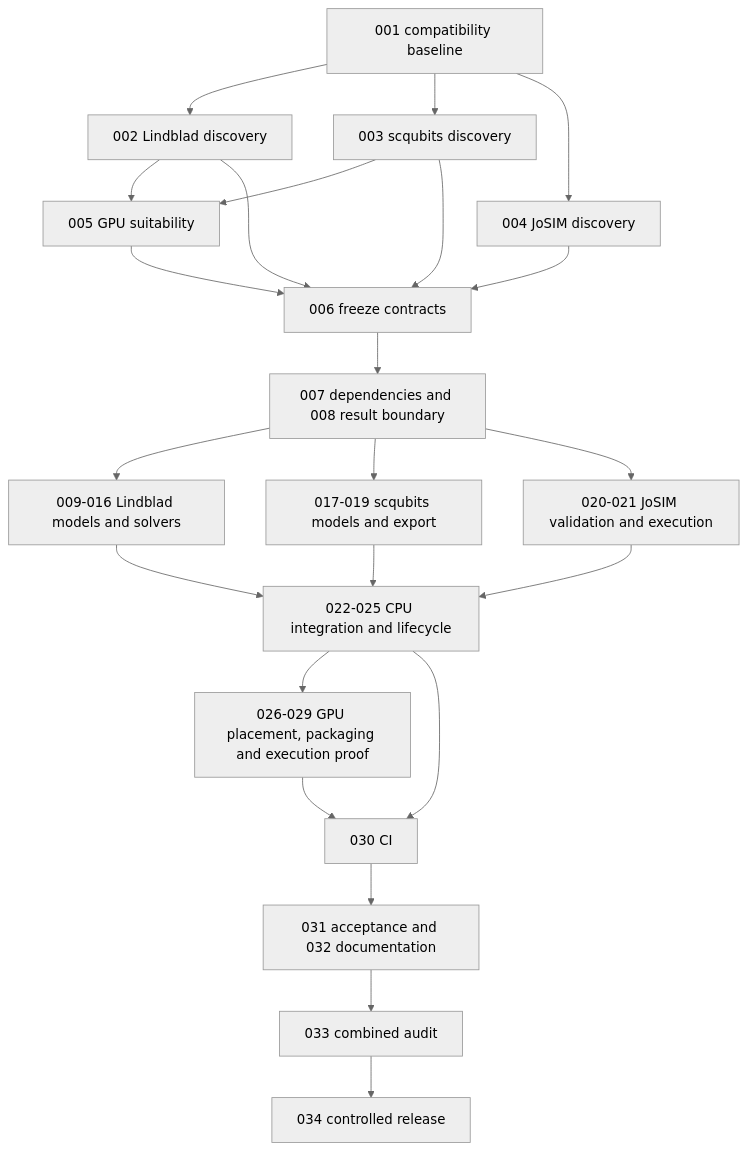
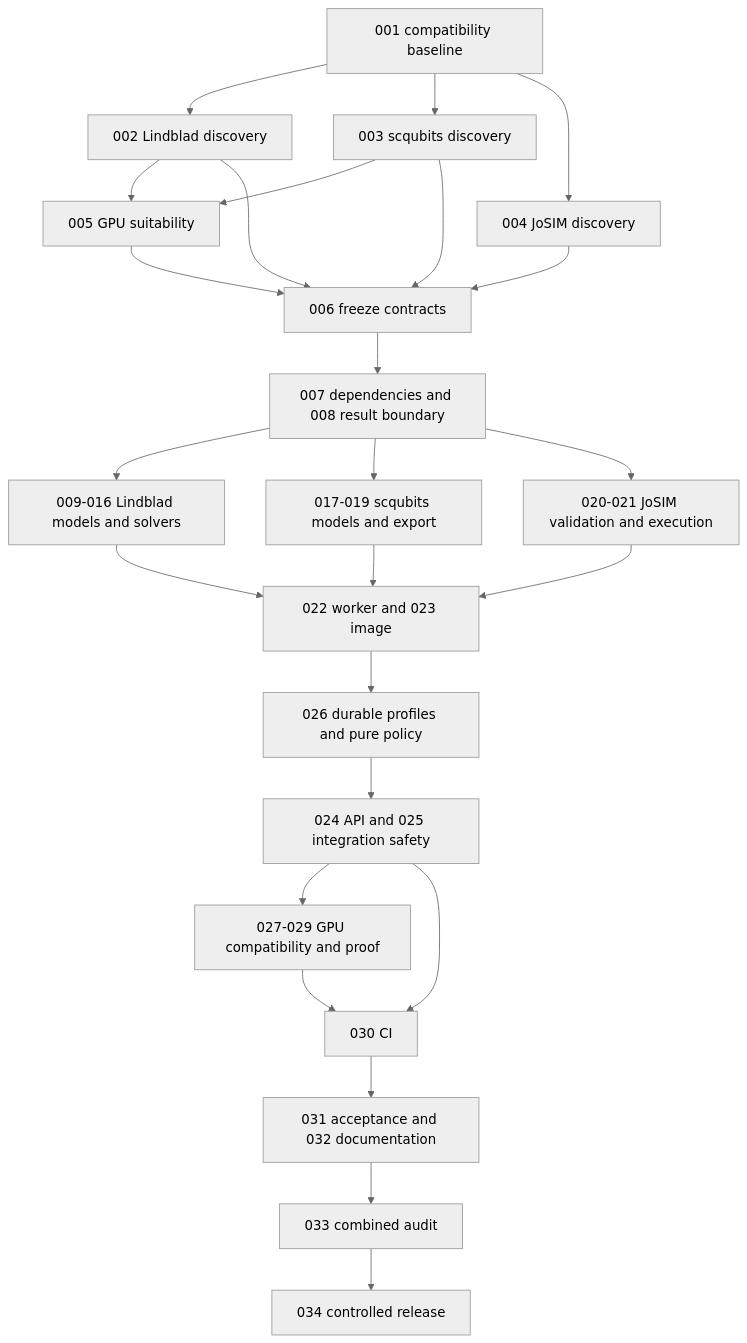
The diagram in spec/physics-engines/tasks.md (Wehden/wqs-quantum-sim), drawn with Mermaid (neutral theme) before and after one commit. The commit also changed other lines of this file and 5 other files, not shown here.

````diff
--- a/spec/physics-engines/tasks.md
+++ b/spec/physics-engines/tasks.md
@@ -9,25 +9,27 @@
 ```mermaid
 flowchart TD
   A[001 compatibility baseline] --> B[002 Lindblad discovery]
   A --> C[003 scqubits discovery]
   A --> D[004 JoSIM discovery]
   B --> E[005 GPU suitability]
   C --> E
   B --> F[006 freeze contracts]
   C --> F
   D --> F
   E --> F
   F --> G[007 dependencies and 008 result boundary]
   G --> H[009-016 Lindblad models and solvers]
   G --> I[017-019 scqubits models and export]
   G --> J[020-021 JoSIM validation and execution]
-  H --> K[022-025 CPU integration and lifecycle]
+  H --> K[022 worker and 023 image]
   I --> K
   J --> K
-  K --> L[026-029 GPU placement, packaging and execution proof]
-  K --> M[030 CI]
-  L --> M
-  M --> N[031 acceptance and 032 documentation]
-  N --> O[033 combined audit]
-  O --> P[034 controlled release]
+  K --> L[026 durable profiles and pure policy]
+  L --> M[024 API and 025 integration safety]
+  M --> N[027-029 GPU compatibility and proof]
+  M --> O[030 CI]
+  N --> O
+  O --> P[031 acceptance and 032 documentation]
+  P --> Q[033 combined audit]
+  Q --> R[034 controlled release]
 ```
````
